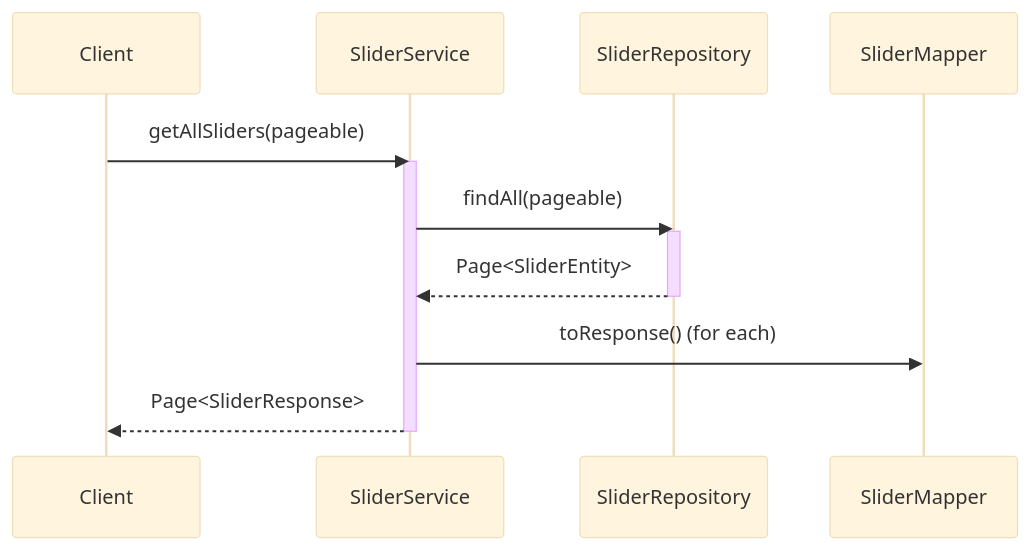
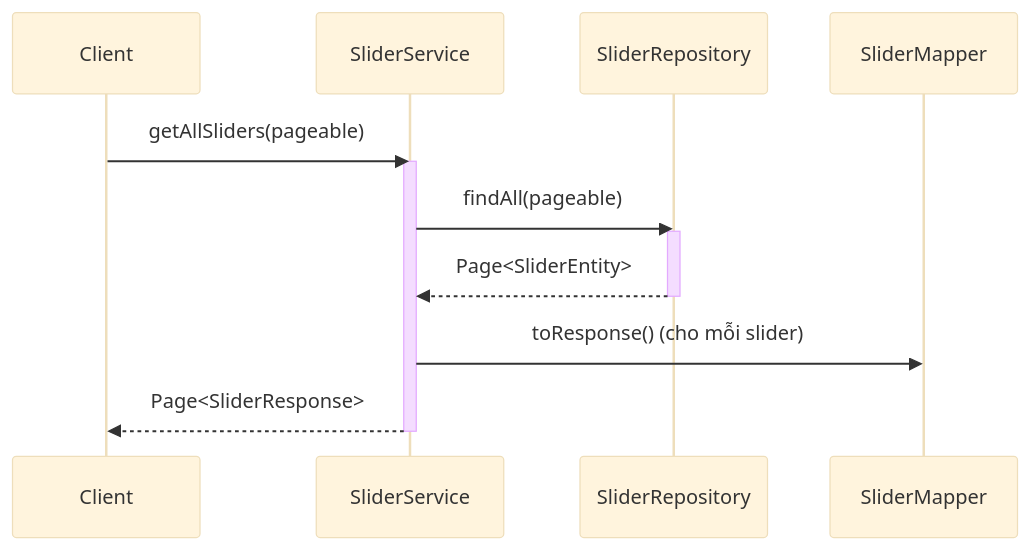
Before and after one commit to aquoc09/easymall: the fourth of 5 diagrams in .agent/sequence/slider_service_sequence_diagrams.md, drawn with Mermaid (base theme). The commit also changed other lines of this file and 18 other files, not shown here.

Commit message:
UPDATE: Sequence diagram vietnamese

````diff
--- a/.agent/sequence/slider_service_sequence_diagrams.md
+++ b/.agent/sequence/slider_service_sequence_diagrams.md
@@ -90,20 +90,20 @@
 ```mermaid
 sequenceDiagram
     participant Client
     participant SliderService
     participant SliderRepository
     participant SliderMapper
 
     Client->>SliderService: getAllSliders(pageable)
     activate SliderService
 
     SliderService->>SliderRepository: findAll(pageable)
     activate SliderRepository
     SliderRepository-->>SliderService: Page<SliderEntity>
     deactivate SliderRepository
 
-    SliderService->>SliderMapper: toResponse() (for each)
+    SliderService->>SliderMapper: toResponse() (cho mỗi slider)
     
     SliderService-->>Client: Page<SliderResponse>
     deactivate SliderService
 ```
````
